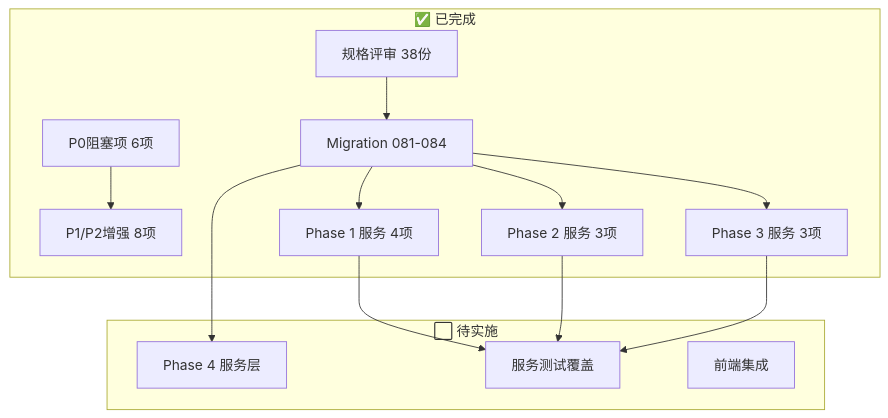
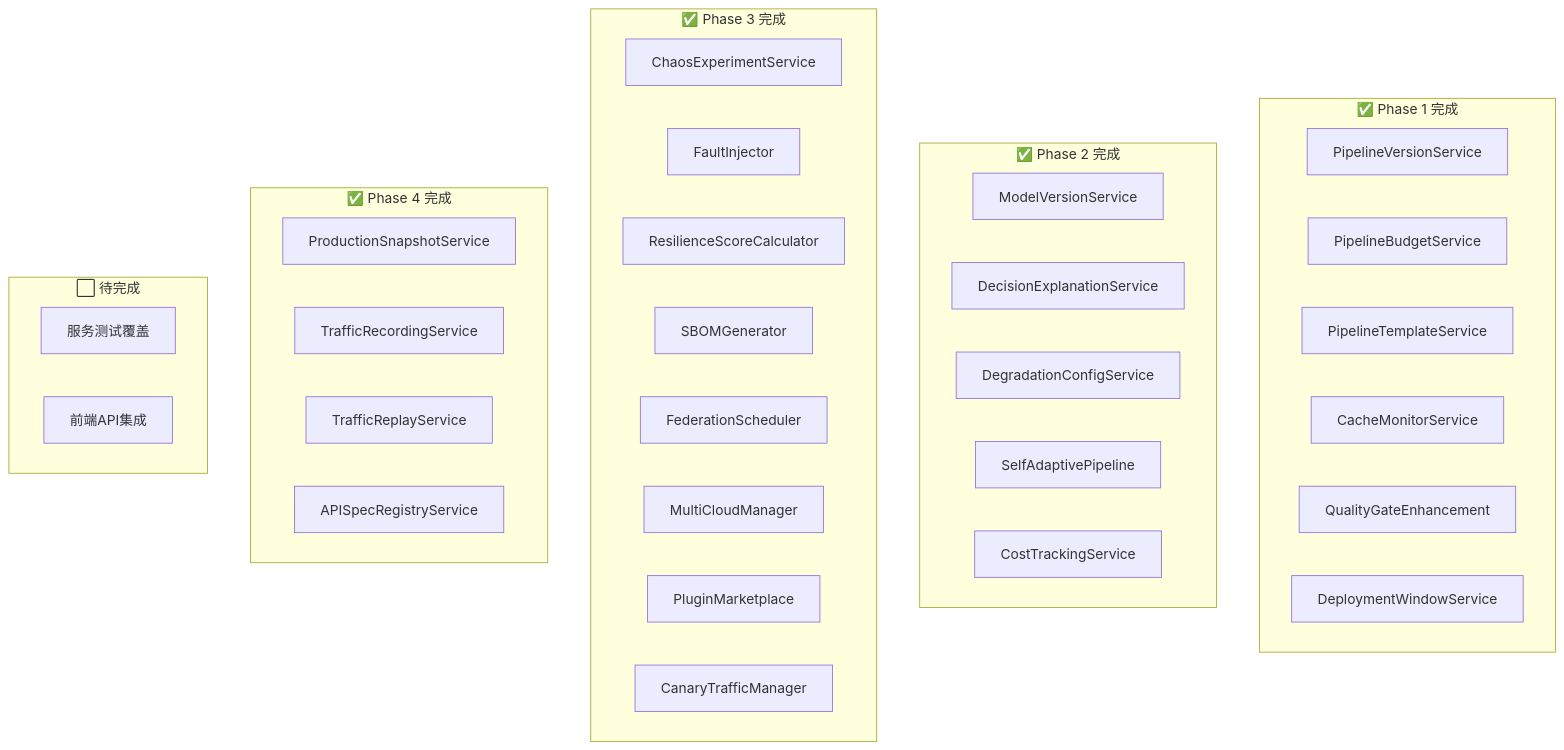
The diagram in docs/superpowers/reviews/2026-05-05-implementation-summary.md (zyzheal/orion), drawn with Mermaid before and after one commit. The commit also changed other lines of this file, not shown here.

Commit message:
docs: update Phase 1-4 implementation summary - all services complete

````diff
--- a/docs/superpowers/reviews/2026-05-05-implementation-summary.md
+++ b/docs/superpowers/reviews/2026-05-05-implementation-summary.md
@@ -239,26 +271,38 @@
 ```mermaid
 graph TB
-    subgraph "✅ 已完成"
-        A[规格评审 38份]
-        B[P0阻塞项 6项]
-        C[P1/P2增强 8项]
-        D[Migration 081-084]
-        E[Phase 1 服务 4项]
-        F[Phase 2 服务 3项]
-        G[Phase 3 服务 3项]
+    subgraph "✅ Phase 1 完成"
+        A1[PipelineVersionService]
+        A2[PipelineBudgetService]
+        A3[PipelineTemplateService]
+        A4[CacheMonitorService]
+        A5[QualityGateEnhancement]
+        A6[DeploymentWindowService]
     end
-    subgraph "⬜ 待实施"
-        H[Phase 4 服务层]
-        I[服务测试覆盖]
-        J[前端集成]
+    subgraph "✅ Phase 2 完成"
+        B1[ModelVersionService]
+        B2[DecisionExplanationService]
+        B3[DegradationConfigService]
+        B4[SelfAdaptivePipeline]
+        B5[CostTrackingService]
     end
-    A --> D
-    B --> C
-    D --> E
-    D --> F
-    D --> G
-    D --> H
-    E --> I
-    F --> I
-    G --> I
+    subgraph "✅ Phase 3 完成"
+        C1[ChaosExperimentService]
+        C2[FaultInjector]
+        C3[ResilienceScoreCalculator]
+        C4[SBOMGenerator]
+        C5[FederationScheduler]
+        C6[MultiCloudManager]
+        C7[PluginMarketplace]
+        C8[CanaryTrafficManager]
+    end
+    subgraph "✅ Phase 4 完成"
+        D1[ProductionSnapshotService]
+        D2[TrafficRecordingService]
+        D3[TrafficReplayService]
+        D4[APISpecRegistryService]
+    end
+    subgraph "⬜ 待完成"
+        E1[服务测试覆盖]
+        E2[前端API集成]
+    end
 ```
````
